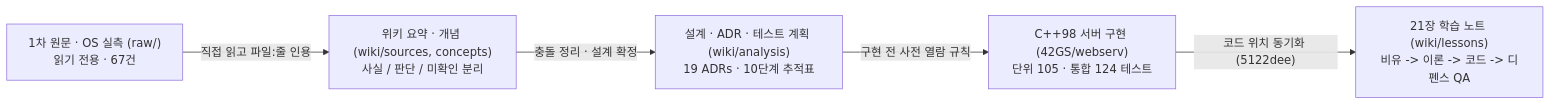
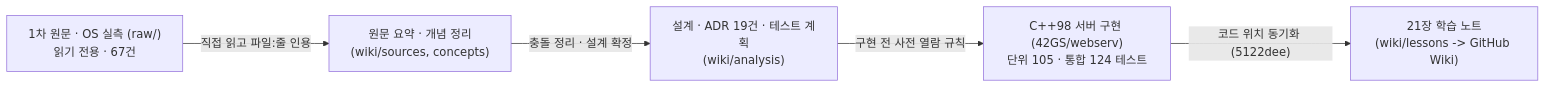
Before and after one commit to 42GS/webserv-wiki: the diagram in README.md, drawn with Mermaid. The commit also changed other lines of this file and 1 other file, not shown here.

````diff
--- a/README.md
+++ b/README.md
@@ -48,7 +47,7 @@
 ```mermaid
 flowchart LR
-    A["1차 원문 · OS 실측 (raw/)<br/>읽기 전용 · 67건"] -->|"직접 읽고 파일:줄 인용"| B["위키 요약 · 개념 (wiki/sources, concepts)<br/>사실 / 판단 / 미확인 분리"]
-    B -->|"충돌 정리 · 설계 확정"| C["설계 · ADR · 테스트 계획 (wiki/analysis)<br/>19 ADRs · 10단계 추적표"]
+    A["1차 원문 · OS 실측 (raw/)<br/>읽기 전용 · 67건"] -->|"직접 읽고 파일:줄 인용"| B["원문 요약 · 개념 정리<br/>(wiki/sources, concepts)"]
+    B -->|"충돌 정리 · 설계 확정"| C["설계 · ADR 19건 · 테스트 계획<br/>(wiki/analysis)"]
     C -->|"구현 전 사전 열람 규칙"| D["C++98 서버 구현 (42GS/webserv)<br/>단위 105 · 통합 124 테스트"]
-    D -->|"코드 위치 동기화 (5122dee)"| E["21장 학습 노트 (wiki/lessons)<br/>비유 -> 이론 -> 코드 -> 디펜스 QA"]
+    D -->|"코드 위치 동기화 (5122dee)"| E["21장 학습 노트<br/>(wiki/lessons -> GitHub Wiki)"]
 ```
````
